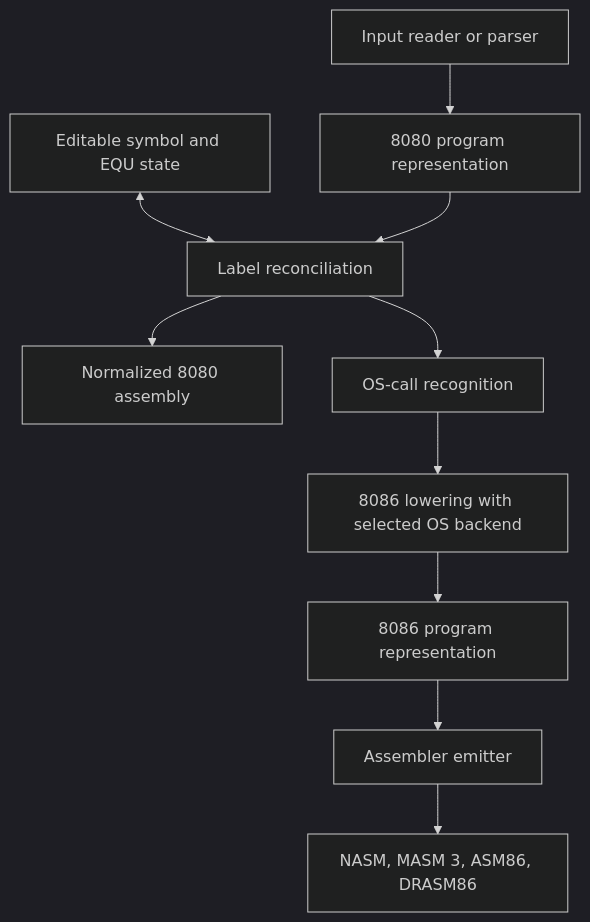
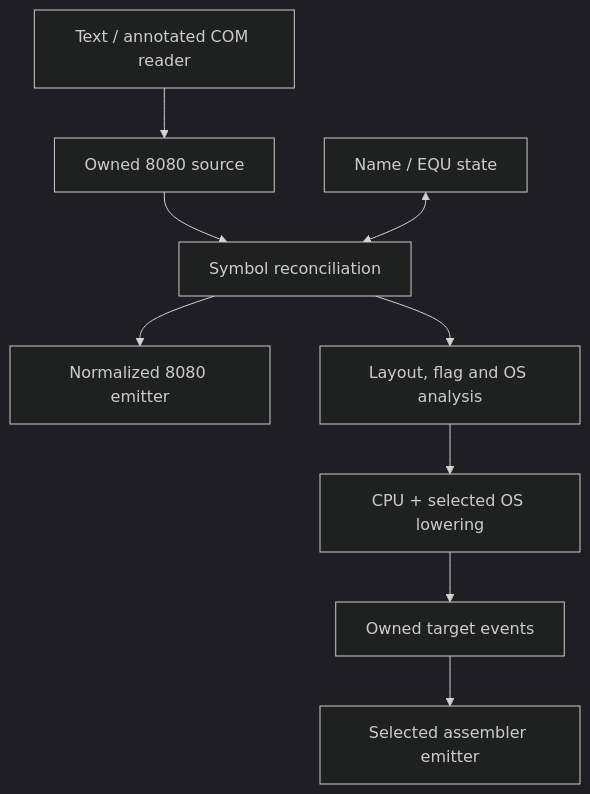
Before and after one commit to tsupplis/xlt88: the diagram in design.md, drawn with Mermaid (dark theme). The commit also changed other lines of this file and 37 other files, not shown here.

````diff
--- a/design.md
+++ b/design.md
@@ -54,12 +5,11 @@
 ```mermaid
 flowchart TD
-    a["Input reader or parser"] --> b["8080 program representation"]
-    s["Editable symbol and EQU state"] <--> c["Label reconciliation"]
-    b --> c
-    c --> n["Normalized 8080 assembly"]
-    c --> r["OS-call recognition"]
-    r --> t["8086 lowering with selected OS backend"]
-    t --> i["8086 program representation"]
-    i --> e["Assembler emitter"]
-    e --> f["NASM, MASM 3, ASM86, DRASM86"]
+    p["Text / annotated COM reader"] --> s["Owned 8080 source"]
+    s --> r["Symbol reconciliation"]
+    f["Name / EQU state"] <--> r
+    r --> n["Normalized 8080 emitter"]
+    r --> a["Layout, flag and OS analysis"]
+    a --> t["CPU + selected OS lowering"]
+    t --> o["Owned target events"]
+    o --> e["Selected assembler emitter"]
 ```
````
